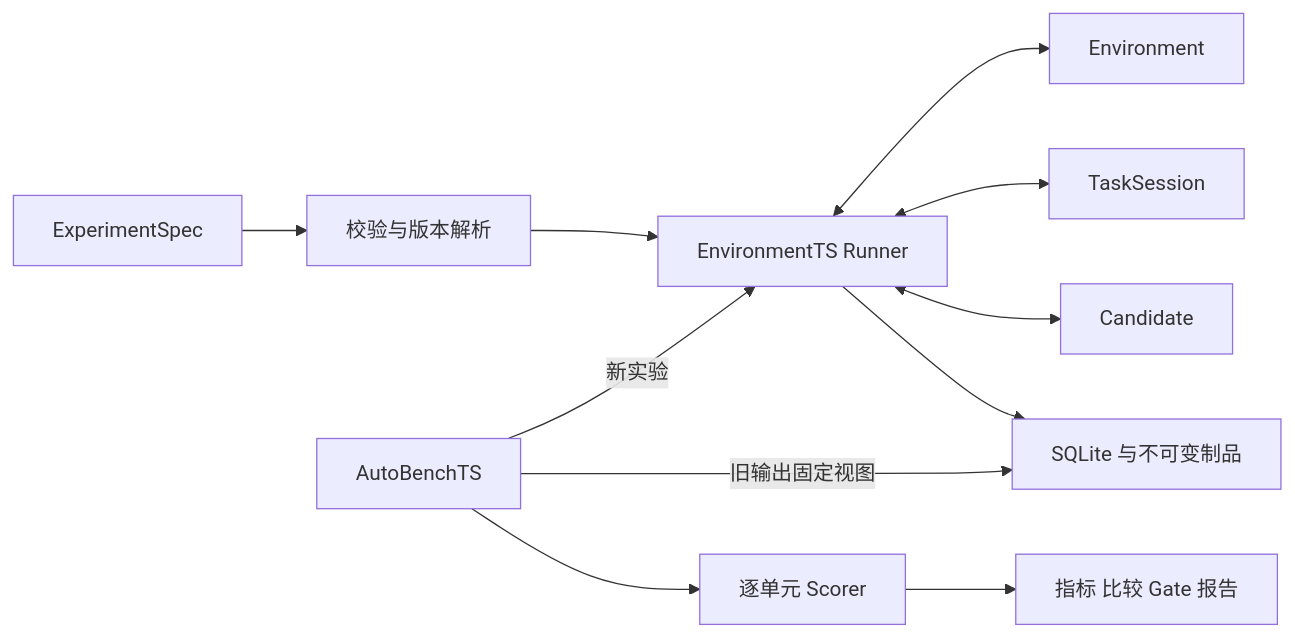
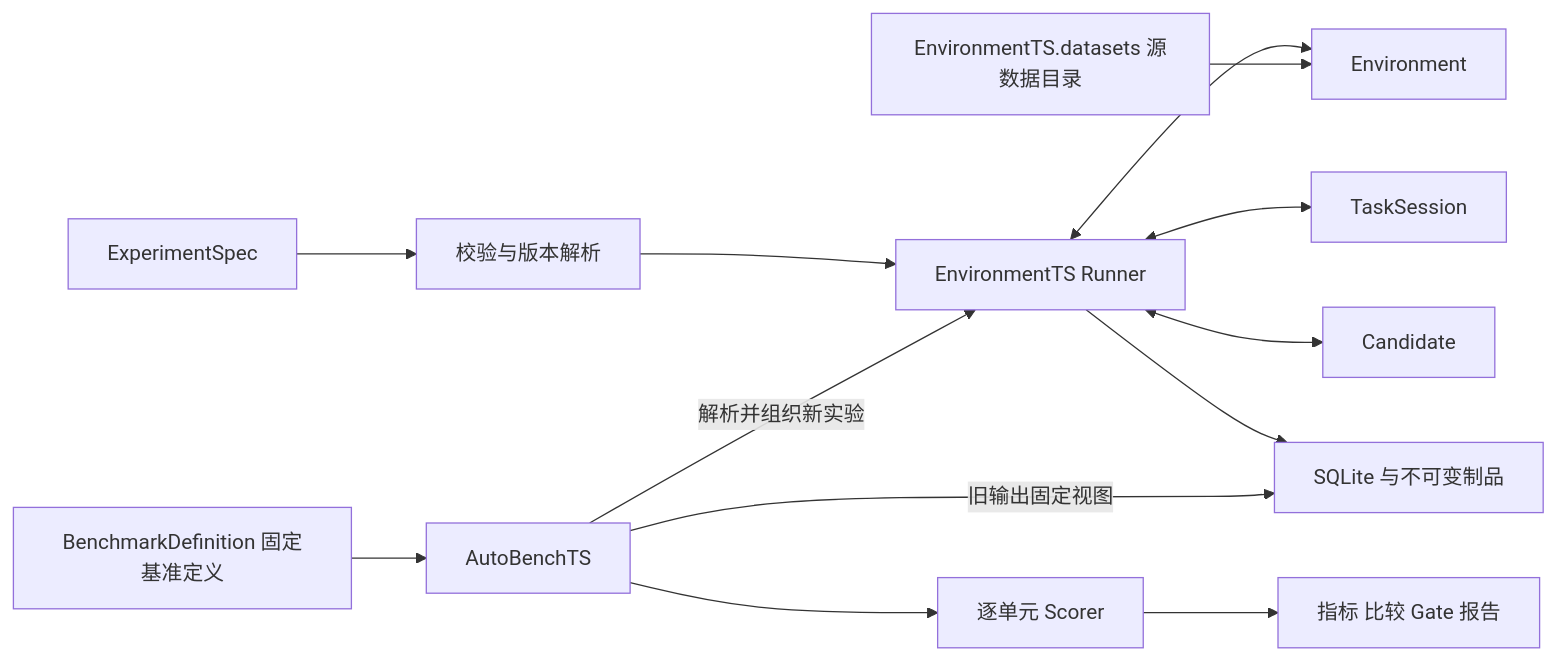
Before and after one commit to Jurmean/GymTS: the diagram in docs/framework.md, drawn with Mermaid. The commit also changed other lines of this file and 367 other files, not shown here.

````diff
--- a/docs/framework.md
+++ b/docs/framework.md
@@ -9,13 +9,15 @@
 ```mermaid
 flowchart LR
     C[ExperimentSpec] --> V[校验与版本解析]
     V --> R[EnvironmentTS Runner]
     R <--> E[Environment]
     R <--> T[TaskSession]
     R <--> M[Candidate]
     R --> D[SQLite 与不可变制品]
-    A[AutoBenchTS] -->|新实验| R
+    X[EnvironmentTS.datasets 源数据目录] --> E
+    B[BenchmarkDefinition 固定基准定义] --> A
+    A[AutoBenchTS] -->|解析并组织新实验| R
     A -->|旧输出固定视图| D
     A --> S[逐单元 Scorer]
     S --> P[指标 比较 Gate 报告]
 ```
````
